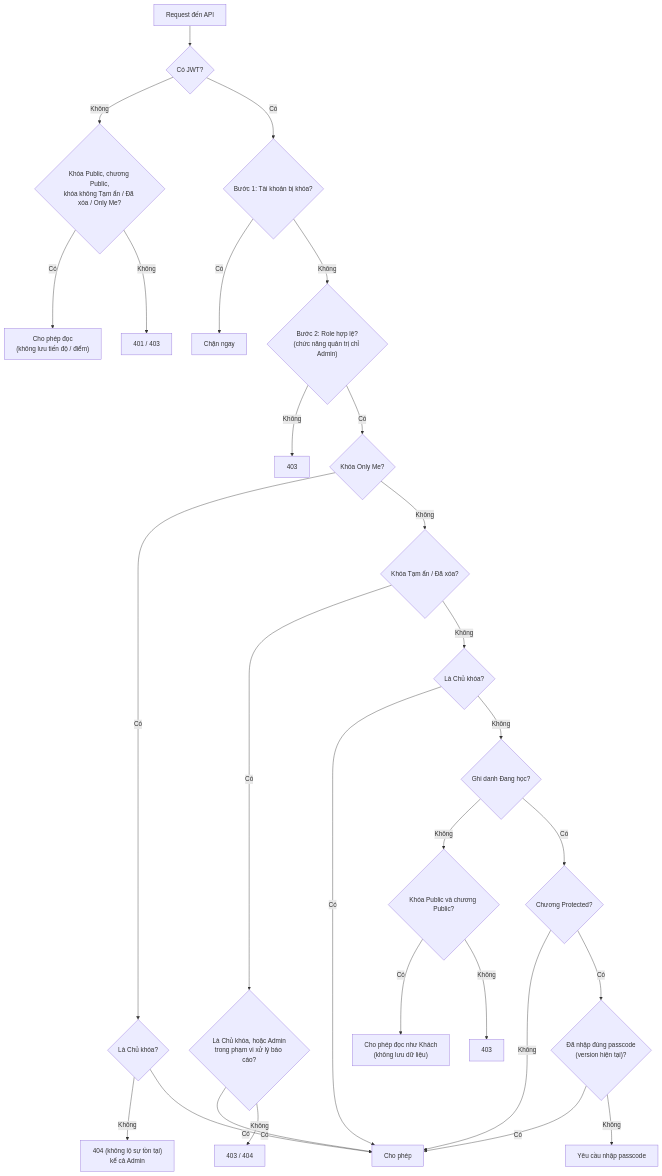
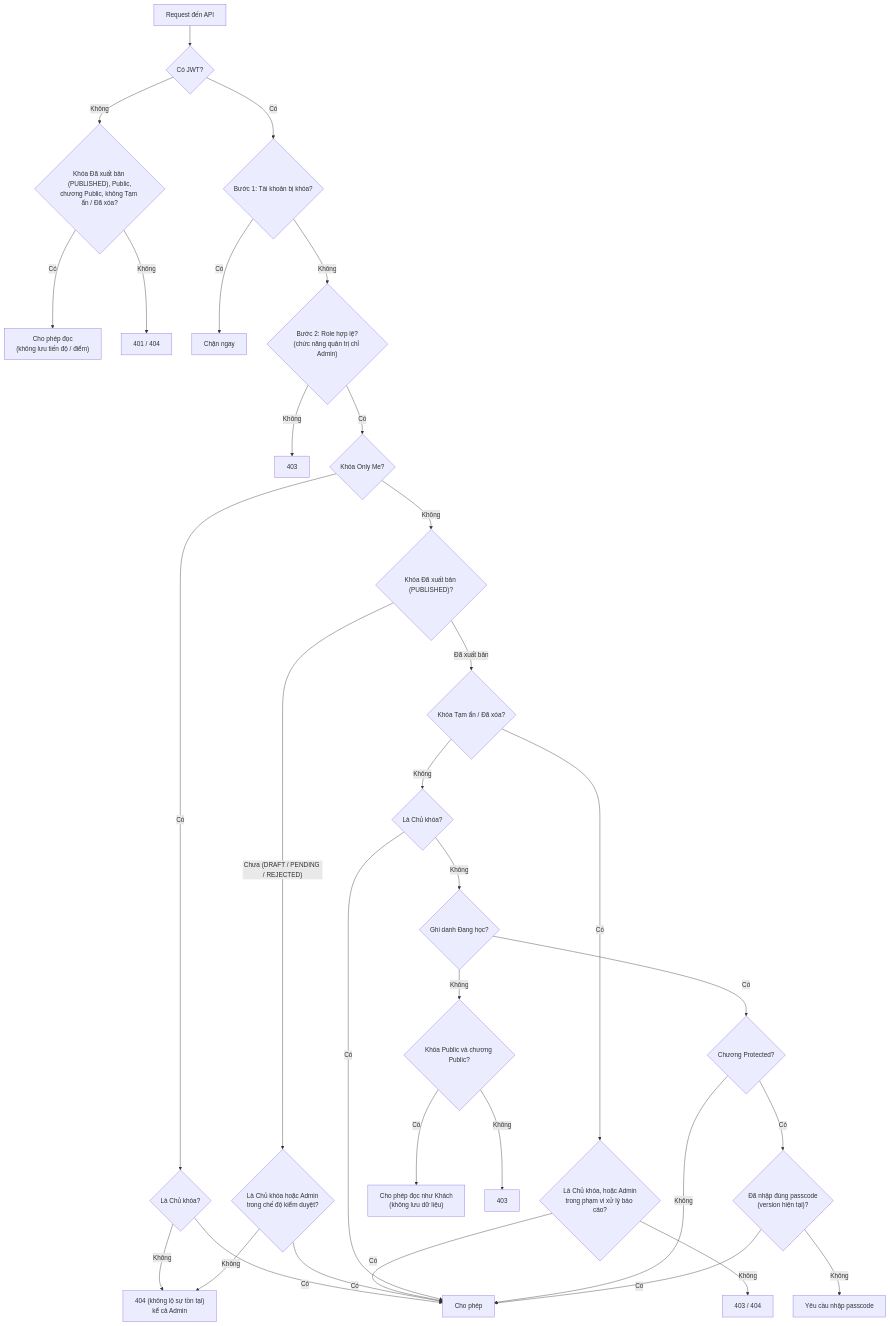
One commit to buithienbao2402/BrainMemo-ModularMonolith changed the third of 3 diagrams in docs/spec/KIEN_TRUC_HE_THONG.md. Above: the diagram before and after it, drawn with Mermaid. The commit also changed other lines of this file and 112 other files, not shown here.

````diff
--- a/docs/spec/KIEN_TRUC_HE_THONG.md
+++ b/docs/spec/KIEN_TRUC_HE_THONG.md
@@ -144,32 +139,36 @@
 ```mermaid
 flowchart TB
     Req["Request đến API"] --> HasJwt{"Có JWT?"}
 
-    HasJwt -->|"Không"| GuestChk{"Khóa Public, chương Public,<br/>khóa không Tạm ẩn / Đã xóa / Only Me?"}
+    HasJwt -->|"Không"| GuestChk{"Khóa Đã xuất bản (PUBLISHED), Public,<br/>chương Public, không Tạm ẩn / Đã xóa?"}
     GuestChk -->|"Có"| AllowG["Cho phép đọc<br/>(không lưu tiến độ / điểm)"]
-    GuestChk -->|"Không"| Deny401["401 / 403"]
+    GuestChk -->|"Không"| Deny401["401 / 404"]
 
     HasJwt -->|"Có"| S1{"Bước 1: Tài khoản bị khóa?"}
     S1 -->|"Có"| DenyLock["Chặn ngay"]
     S1 -->|"Không"| S2{"Bước 2: Role hợp lệ?<br/>(chức năng quản trị chỉ Admin)"}
     S2 -->|"Không"| Deny403a["403"]
     S2 -->|"Có"| OM{"Khóa Only Me?"}
     OM -->|"Có"| Own1{"Là Chủ khóa?"}
     Own1 -->|"Không"| Deny404["404 (không lộ sự tồn tại)<br/>kể cả Admin"]
     Own1 -->|"Có"| Allow["Cho phép"]
-    OM -->|"Không"| Hid{"Khóa Tạm ẩn / Đã xóa?"}
+    OM -->|"Không"| PubChk{"Khóa Đã xuất bản (PUBLISHED)?"}
+    PubChk -->|"Chưa (DRAFT / PENDING / REJECTED)"| OwnPub{"Là Chủ khóa hoặc Admin<br/>trong chế độ kiểm duyệt?"}
+    OwnPub -->|"Có"| Allow
+    OwnPub -->|"Không"| Deny404
+    PubChk -->|"Đã xuất bản"| Hid{"Khóa Tạm ẩn / Đã xóa?"}
     Hid -->|"Có"| Own2{"Là Chủ khóa, hoặc Admin<br/>trong phạm vi xử lý báo cáo?"}
     Own2 -->|"Có"| Allow
     Own2 -->|"Không"| Deny403b["403 / 404"]
     Hid -->|"Không"| Own3{"Là Chủ khóa?"}
     Own3 -->|"Có"| Allow
     Own3 -->|"Không"| En{"Ghi danh Đang học?"}
     En -->|"Không"| Pub{"Khóa Public và chương Public?"}
     Pub -->|"Có"| AllowG2["Cho phép đọc như Khách<br/>(không lưu dữ liệu)"]
     Pub -->|"Không"| Deny403c["403"]
     En -->|"Có"| Prot{"Chương Protected?"}
     Prot -->|"Không"| Allow
     Prot -->|"Có"| Pass{"Đã nhập đúng passcode<br/>(version hiện tại)?"}
     Pass -->|"Có"| Allow
     Pass -->|"Không"| DenyPass["Yêu cầu nhập passcode"]
 ```
````
